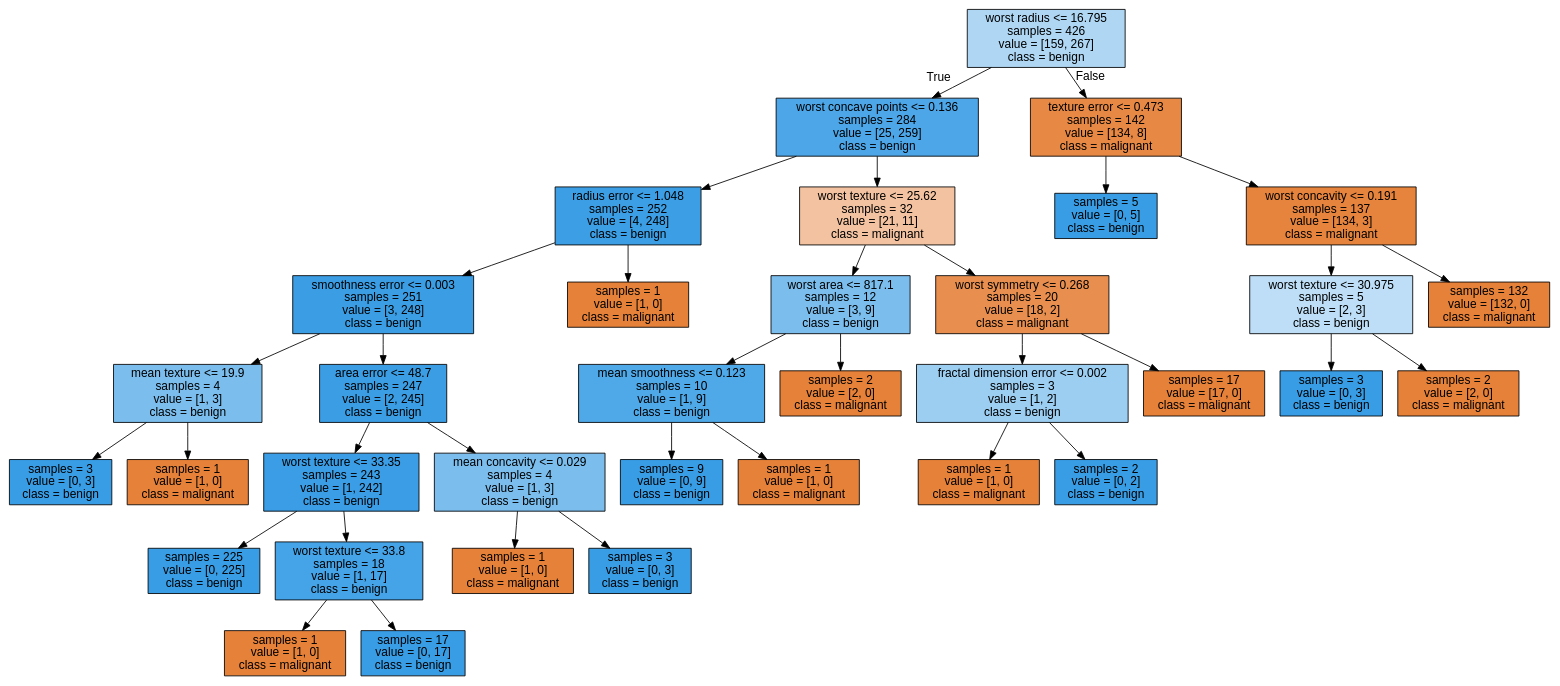
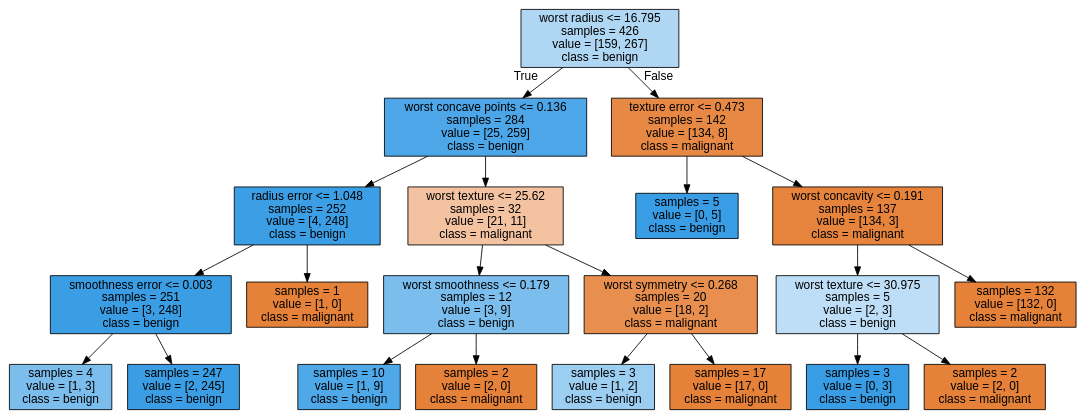
The diagram in tree.dot (sukesantsu0930/AI_practice), drawn with Graphviz before and after one commit. The commit also changed 2 other files, not shown here.

```diff
--- a/tree.dot
+++ b/tree.dot
@@ -1,73 +1,45 @@
 digraph Tree {
 node [shape=box, style="filled", color="black", fontname="helvetica"] ;
 edge [fontname="helvetica"] ;
 0 [label="worst radius <= 16.795\nsamples = 426\nvalue = [159, 267]\nclass = benign", fillcolor="#afd7f4"] ;
 1 [label="worst concave points <= 0.136\nsamples = 284\nvalue = [25, 259]\nclass = benign", fillcolor="#4ca6e8"] ;
 0 -> 1 [labeldistance=2.5, labelangle=45, headlabel="True"] ;
 2 [label="radius error <= 1.048\nsamples = 252\nvalue = [4, 248]\nclass = benign", fillcolor="#3c9fe5"] ;
 1 -> 2 ;
 3 [label="smoothness error <= 0.003\nsamples = 251\nvalue = [3, 248]\nclass = benign", fillcolor="#3b9ee5"] ;
 2 -> 3 ;
-4 [label="mean texture <= 19.9\nsamples = 4\nvalue = [1, 3]\nclass = benign", fillcolor="#7bbeee"] ;
+4 [label="samples = 4\nvalue = [1, 3]\nclass = benign", fillcolor="#7bbeee"] ;
 3 -> 4 ;
-5 [label="samples = 3\nvalue = [0, 3]\nclass = benign", fillcolor="#399de5"] ;
-4 -> 5 ;
+5 [label="samples = 247\nvalue = [2, 245]\nclass = benign", fillcolor="#3b9ee5"] ;
+3 -> 5 ;
 6 [label="samples = 1\nvalue = [1, 0]\nclass = malignant", fillcolor="#e58139"] ;
-4 -> 6 ;
-7 [label="area error <= 48.7\nsamples = 247\nvalue = [2, 245]\nclass = benign", fillcolor="#3b9ee5"] ;
-3 -> 7 ;
-8 [label="worst texture <= 33.35\nsamples = 243\nvalue = [1, 242]\nclass = benign", fillcolor="#3a9de5"] ;
+2 -> 6 ;
+7 [label="worst texture <= 25.62\nsamples = 32\nvalue = [21, 11]\nclass = malignant", fillcolor="#f3c3a1"] ;
+1 -> 7 ;
+8 [label="worst smoothness <= 0.179\nsamples = 12\nvalue = [3, 9]\nclass = benign", fillcolor="#7bbeee"] ;
 7 -> 8 ;
-9 [label="samples = 225\nvalue = [0, 225]\nclass = benign", fillcolor="#399de5"] ;
+9 [label="samples = 10\nvalue = [1, 9]\nclass = benign", fillcolor="#4fa8e8"] ;
 8 -> 9 ;
-10 [label="worst texture <= 33.8\nsamples = 18\nvalue = [1, 17]\nclass = benign", fillcolor="#45a3e7"] ;
+10 [label="samples = 2\nvalue = [2, 0]\nclass = malignant", fillcolor="#e58139"] ;
 8 -> 10 ;
-11 [label="samples = 1\nvalue = [1, 0]\nclass = malignant", fillcolor="#e58139"] ;
-10 -> 11 ;
-12 [label="samples = 17\nvalue = [0, 17]\nclass = benign", fillcolor="#399de5"] ;
-10 -> 12 ;
-13 [label="mean concavity <= 0.029\nsamples = 4\nvalue = [1, 3]\nclass = benign", fillcolor="#7bbeee"] ;
-7 -> 13 ;
-14 [label="samples = 1\nvalue = [1, 0]\nclass = malignant", fillcolor="#e58139"] ;
-13 -> 14 ;
-15 [label="samples = 3\nvalue = [0, 3]\nclass = benign", fillcolor="#399de5"] ;
-13 -> 15 ;
-16 [label="samples = 1\nvalue = [1, 0]\nclass = malignant", fillcolor="#e58139"] ;
-2 -> 16 ;
-17 [label="worst texture <= 25.62\nsamples = 32\nvalue = [21, 11]\nclass = malignant", fillcolor="#f3c3a1"] ;
-1 -> 17 ;
-18 [label="worst area <= 817.1\nsamples = 12\nvalue = [3, 9]\nclass = benign", fillcolor="#7bbeee"] ;
+11 [label="worst symmetry <= 0.268\nsamples = 20\nvalue = [18, 2]\nclass = malignant", fillcolor="#e88f4f"] ;
+7 -> 11 ;
+12 [label="samples = 3\nvalue = [1, 2]\nclass = benign", fillcolor="#9ccef2"] ;
+11 -> 12 ;
+13 [label="samples = 17\nvalue = [17, 0]\nclass = malignant", fillcolor="#e58139"] ;
+11 -> 13 ;
+14 [label="texture error <= 0.473\nsamples = 142\nvalue = [134, 8]\nclass = malignant", fillcolor="#e78945"] ;
+0 -> 14 [labeldistance=2.5, labelangle=-45, headlabel="False"] ;
+15 [label="samples = 5\nvalue = [0, 5]\nclass = benign", fillcolor="#399de5"] ;
+14 -> 15 ;
+16 [label="worst concavity <= 0.191\nsamples = 137\nvalue = [134, 3]\nclass = malignant", fillcolor="#e6843d"] ;
+14 -> 16 ;
+17 [label="worst texture <= 30.975\nsamples = 5\nvalue = [2, 3]\nclass = benign", fillcolor="#bddef6"] ;
+16 -> 17 ;
+18 [label="samples = 3\nvalue = [0, 3]\nclass = benign", fillcolor="#399de5"] ;
 17 -> 18 ;
-19 [label="mean smoothness <= 0.123\nsamples = 10\nvalue = [1, 9]\nclass = benign", fillcolor="#4fa8e8"] ;
-18 -> 19 ;
-20 [label="samples = 9\nvalue = [0, 9]\nclass = benign", fillcolor="#399de5"] ;
-19 -> 20 ;
-21 [label="samples = 1\nvalue = [1, 0]\nclass = malignant", fillcolor="#e58139"] ;
-19 -> 21 ;
-22 [label="samples = 2\nvalue = [2, 0]\nclass = malignant", fillcolor="#e58139"] ;
-18 -> 22 ;
-23 [label="worst symmetry <= 0.268\nsamples = 20\nvalue = [18, 2]\nclass = malignant", fillcolor="#e88f4f"] ;
-17 -> 23 ;
-24 [label="fractal dimension error <= 0.002\nsamples = 3\nvalue = [1, 2]\nclass = benign", fillcolor="#9ccef2"] ;
-23 -> 24 ;
-25 [label="samples = 1\nvalue = [1, 0]\nclass = malignant", fillcolor="#e58139"] ;
-24 -> 25 ;
-26 [label="samples = 2\nvalue = [0, 2]\nclass = benign", fillcolor="#399de5"] ;
-24 -> 26 ;
-27 [label="samples = 17\nvalue = [17, 0]\nclass = malignant", fillcolor="#e58139"] ;
-23 -> 27 ;
-28 [label="texture error <= 0.473\nsamples = 142\nvalue = [134, 8]\nclass = malignant", fillcolor="#e78945"] ;
-0 -> 28 [labeldistance=2.5, labelangle=-45, headlabel="False"] ;
-29 [label="samples = 5\nvalue = [0, 5]\nclass = benign", fillcolor="#399de5"] ;
-28 -> 29 ;
-30 [label="worst concavity <= 0.191\nsamples = 137\nvalue = [134, 3]\nclass = malignant", fillcolor="#e6843d"] ;
-28 -> 30 ;
-31 [label="worst texture <= 30.975\nsamples = 5\nvalue = [2, 3]\nclass = benign", fillcolor="#bddef6"] ;
-30 -> 31 ;
-32 [label="samples = 3\nvalue = [0, 3]\nclass = benign", fillcolor="#399de5"] ;
-31 -> 32 ;
-33 [label="samples = 2\nvalue = [2, 0]\nclass = malignant", fillcolor="#e58139"] ;
-31 -> 33 ;
-34 [label="samples = 132\nvalue = [132, 0]\nclass = malignant", fillcolor="#e58139"] ;
-30 -> 34 ;
+19 [label="samples = 2\nvalue = [2, 0]\nclass = malignant", fillcolor="#e58139"] ;
+17 -> 19 ;
+20 [label="samples = 132\nvalue = [132, 0]\nclass = malignant", fillcolor="#e58139"] ;
+16 -> 20 ;
 }
```
